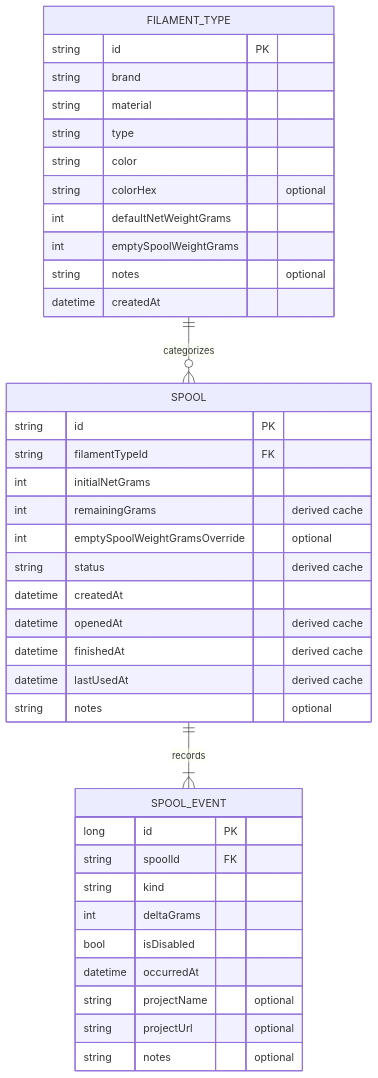
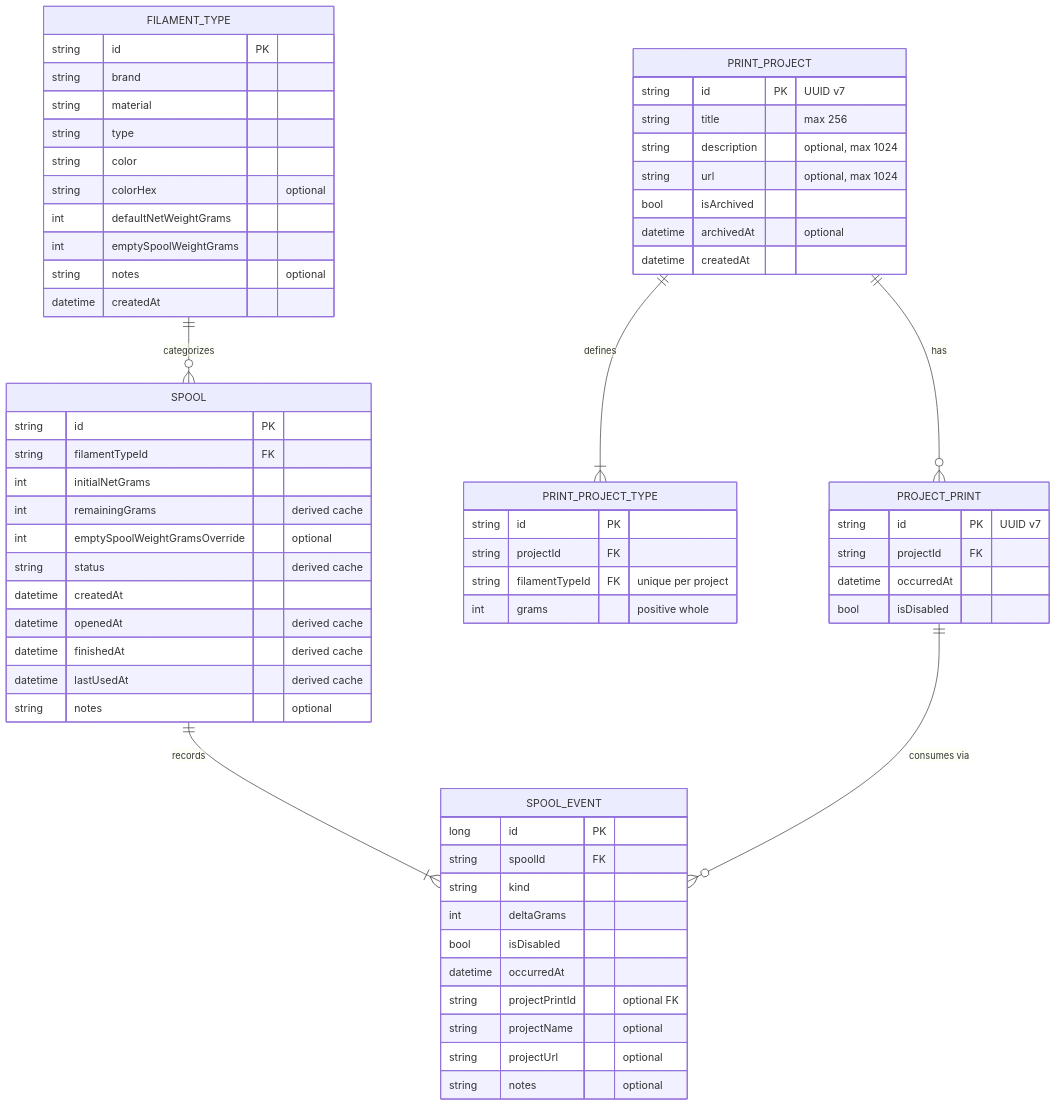
One commit to obrys/filament changed the first of 2 diagrams in doc/spec/domain-rules.md. Above: the diagram before and after it, drawn with Mermaid. The commit also changed other lines of this file and 44 other files, not shown here.

Commit message:
Add print projects to record known prints in one flow, with unit and e2e tests

````diff
--- a/doc/spec/domain-rules.md
+++ b/doc/spec/domain-rules.md
@@ -5,41 +5,66 @@
 ```mermaid
 erDiagram
     FILAMENT_TYPE ||--o{ SPOOL : categorizes
     SPOOL ||--|{ SPOOL_EVENT : records
+    PRINT_PROJECT ||--|{ PRINT_PROJECT_TYPE : defines
+    PRINT_PROJECT ||--o{ PROJECT_PRINT : has
+    PROJECT_PRINT ||--o{ SPOOL_EVENT : "consumes via"
     FILAMENT_TYPE {
         string id PK
         string brand
         string material
         string type
         string color
         string colorHex "optional"
         int defaultNetWeightGrams
         int emptySpoolWeightGrams
         string notes "optional"
         datetime createdAt
     }
     SPOOL {
         string id PK
         string filamentTypeId FK
         int initialNetGrams
         int remainingGrams "derived cache"
         int emptySpoolWeightGramsOverride "optional"
         string status "derived cache"
         datetime createdAt
         datetime openedAt "derived cache"
         datetime finishedAt "derived cache"
         datetime lastUsedAt "derived cache"
         string notes "optional"
     }
     SPOOL_EVENT {
         long id PK
         string spoolId FK
         string kind
         int deltaGrams
         bool isDisabled
         datetime occurredAt
+        string projectPrintId "optional FK"
         string projectName "optional"
         string projectUrl "optional"
         string notes "optional"
     }
+    PRINT_PROJECT {
+        string id PK "UUID v7"
+        string title "max 256"
+        string description "optional, max 1024"
+        string url "optional, max 1024"
+        bool isArchived
+        datetime archivedAt "optional"
+        datetime createdAt
+    }
+    PRINT_PROJECT_TYPE {
+        string id PK
+        string projectId FK
+        string filamentTypeId FK "unique per project"
+        int grams "positive whole"
+    }
+    PROJECT_PRINT {
+        string id PK "UUID v7"
+        string projectId FK
+        datetime occurredAt
+        bool isDisabled
+    }
 ```
````
